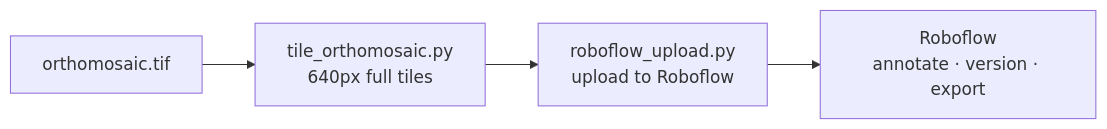
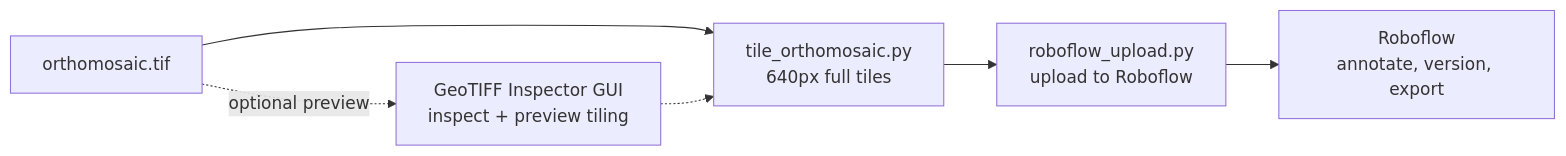
Before and after one commit to Pranay0302/tornado-labels-v2: the diagram in README.md, drawn with Mermaid. The commit also changed other lines of this file, not shown here.

Commit message:
chore: update the mermaid fc

````diff
--- a/README.md
+++ b/README.md
@@ -9,6 +10,8 @@
 ```mermaid
 flowchart LR
     A[orthomosaic.tif] --> B[tile_orthomosaic.py<br/>640px full tiles]
     B --> C[roboflow_upload.py<br/>upload to Roboflow]
-    C --> D[Roboflow<br/>annotate · version · export]
+    C --> D[Roboflow<br/>annotate, version, export]
+    A -. optional preview .-> G[GeoTIFF Inspector GUI<br/>inspect + preview tiling]
+    G -.-> B
 ```
````
